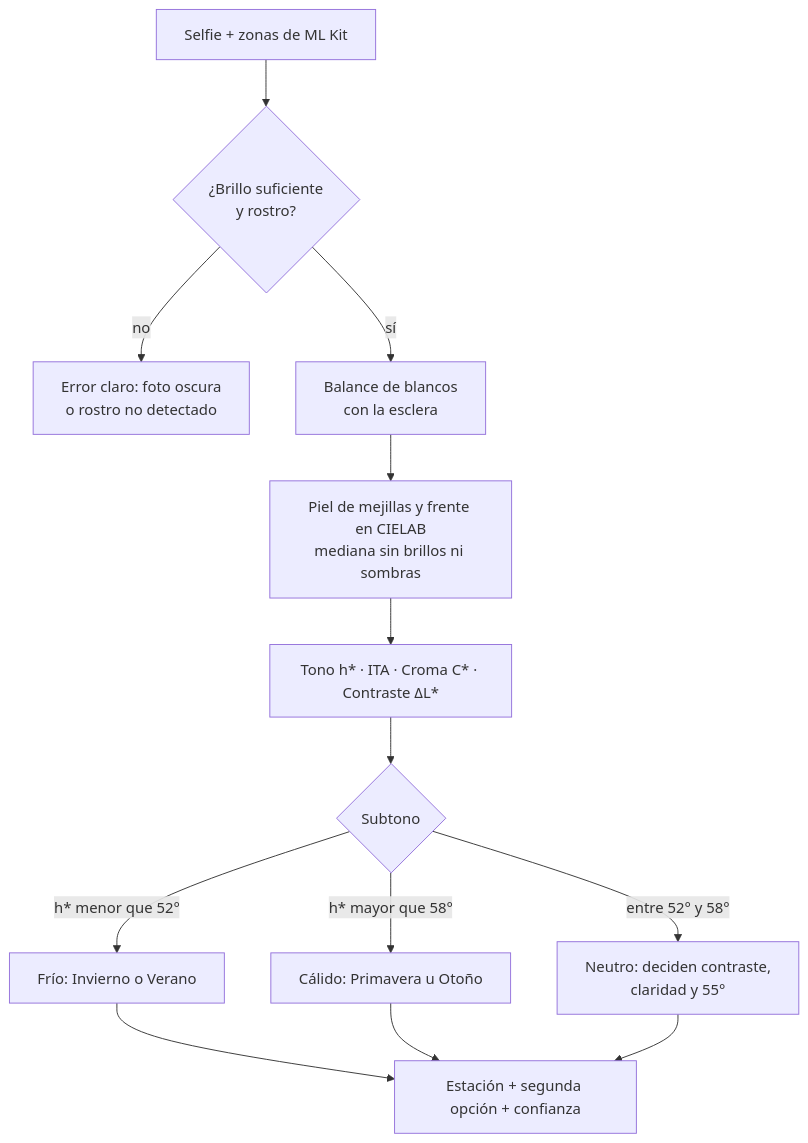
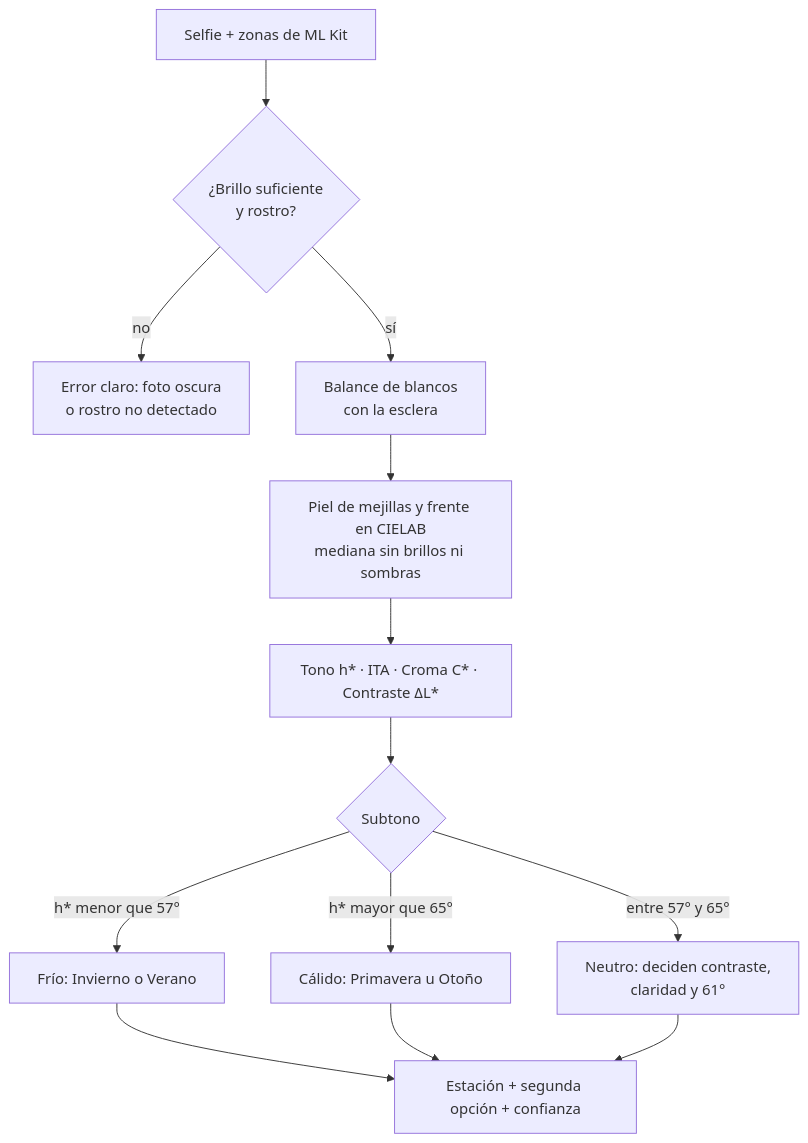
The sixth of 11 diagrams in README.md (Karquin06/ProjectMake-UpAi), drawn with Mermaid before and after one commit. The commit also changed 132 other files, not shown here.

````diff
--- a/README.md
+++ b/README.md
@@ -253,15 +253,15 @@
 ```mermaid
 flowchart TD
     A["Selfie + zonas de ML Kit"] --> B{"¿Brillo suficiente<br/>y rostro?"}
     B -- no --> X["Error claro: foto oscura<br/>o rostro no detectado"]
     B -- sí --> C["Balance de blancos<br/>con la esclera"]
     C --> D["Piel de mejillas y frente en CIELAB<br/>mediana sin brillos ni sombras"]
     D --> E["Tono h* · ITA · Croma C* · Contraste ΔL*"]
     E --> F{"Subtono"}
-    F -- "h* menor que 52°" --> G["Frío: Invierno o Verano"]
-    F -- "h* mayor que 58°" --> H["Cálido: Primavera u Otoño"]
-    F -- "entre 52° y 58°" --> I["Neutro: deciden contraste,<br/>claridad y 55°"]
+    F -- "h* menor que 57°" --> G["Frío: Invierno o Verano"]
+    F -- "h* mayor que 65°" --> H["Cálido: Primavera u Otoño"]
+    F -- "entre 57° y 65°" --> I["Neutro: deciden contraste,<br/>claridad y 61°"]
     G --> J["Estación + segunda opción + confianza"]
     H --> J
     I --> J
 ```
````
